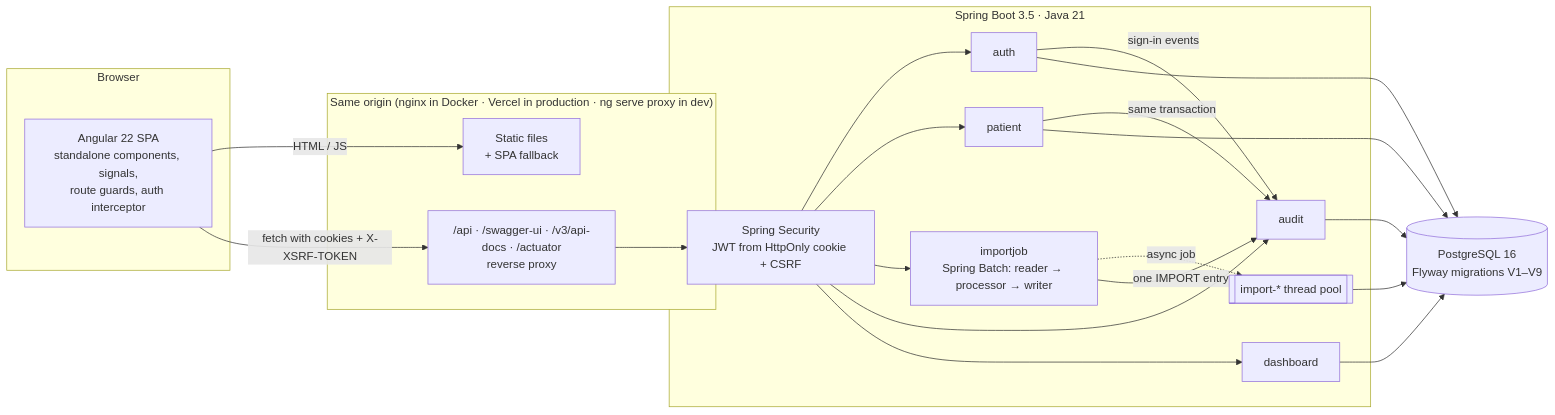
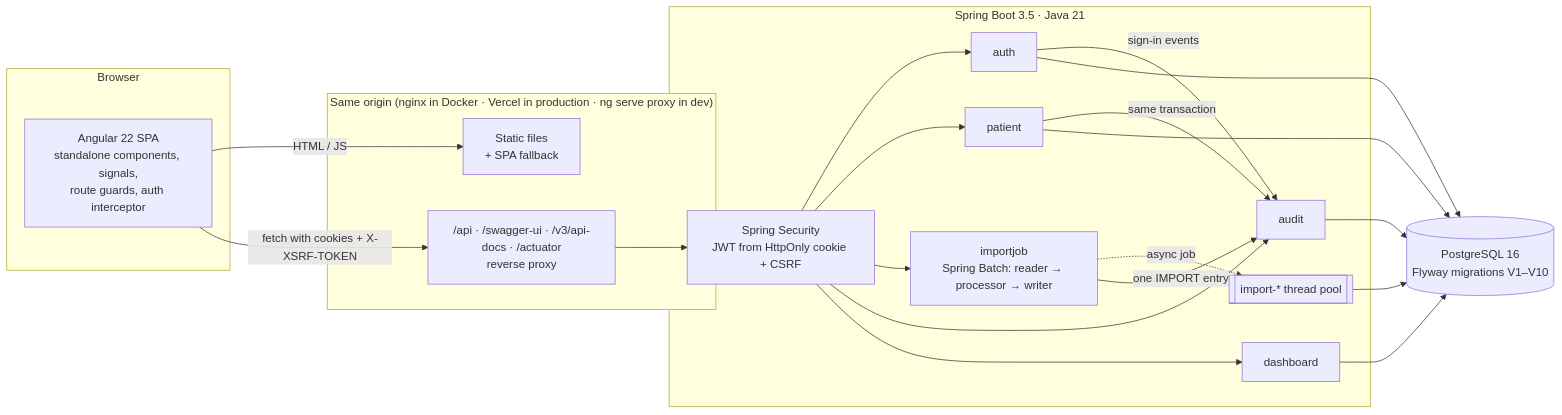
Before and after one commit to HatKass/medirecords: the diagram in README.md, drawn with Mermaid. The commit also changed other lines of this file and 17 other files, not shown here.

````diff
--- a/README.md
+++ b/README.md
@@ -83,33 +84,33 @@
 ```mermaid
 flowchart LR
     subgraph Browser
         SPA["Angular 22 SPA<br/>standalone components, signals,<br/>route guards, auth interceptor"]
     end
 
     subgraph Edge["Same origin (nginx in Docker · Vercel in production · ng serve proxy in dev)"]
         Static["Static files<br/>+ SPA fallback"]
         Proxy["/api · /swagger-ui · /v3/api-docs · /actuator<br/>reverse proxy"]
     end
 
     subgraph Backend["Spring Boot 3.5 · Java 21"]
         Sec["Spring Security<br/>JWT from HttpOnly cookie + CSRF"]
         Auth["auth"]
         Pat["patient"]
         Imp["importjob<br/>Spring Batch: reader → processor → writer"]
         Aud["audit"]
         Dash["dashboard"]
         Pool[["import-* thread pool"]]
     end
 
-    DB[("PostgreSQL 16<br/>Flyway migrations V1–V9")]
+    DB[("PostgreSQL 16<br/>Flyway migrations V1–V10")]
 
     SPA -- "HTML / JS" --> Static
     SPA -- "fetch with cookies + X-XSRF-TOKEN" --> Proxy
     Proxy --> Sec
     Sec --> Auth & Pat & Imp & Aud & Dash
     Imp -. "async job" .-> Pool
     Pat -- "same transaction" --> Aud
     Imp -- "one IMPORT entry" --> Aud
     Auth -- "sign-in events" --> Aud
     Auth & Pat & Pool & Aud & Dash --> DB
 ```
````
